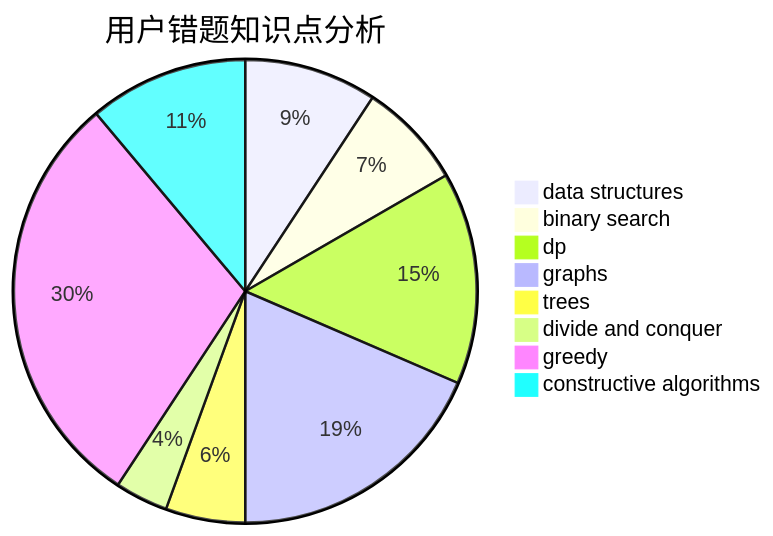
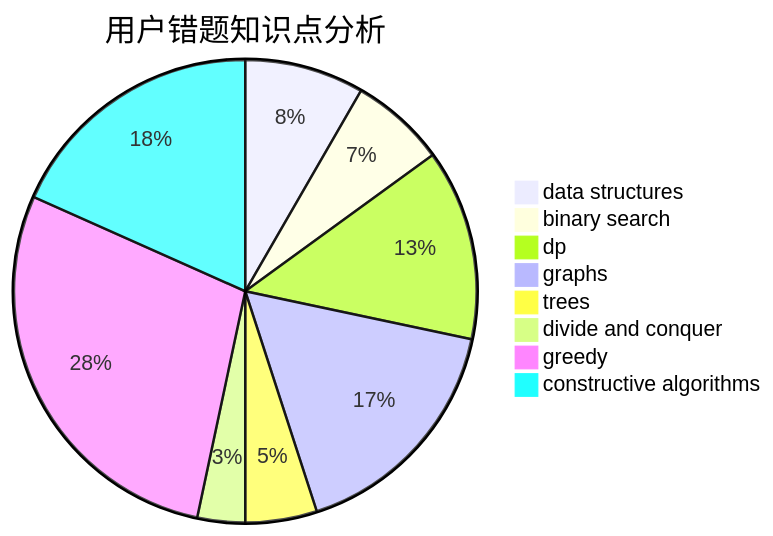
One commit to sherpahu/cfrs.github.io changed the third of 3 diagrams in docs/user/u2438.md. Above: the diagram before and after it, drawn with Mermaid. The commit also changed other lines of this file and 2770 other files, not shown here.

````diff
--- a/docs/user/u2438.md
+++ b/docs/user/u2438.md
@@ -36,11 +36,11 @@
 ```mermaid
 pie title 用户错题知识点分析
     "data structures" :  5
     "binary search" :  4
     "dp" :  8
     "graphs" :  10
     "trees" :  3
     "divide and conquer" :  2
-    "greedy" :  16
-    "constructive algorithms" :  6
+    "greedy" :  17
+    "constructive algorithms" :  11
 ```
````
